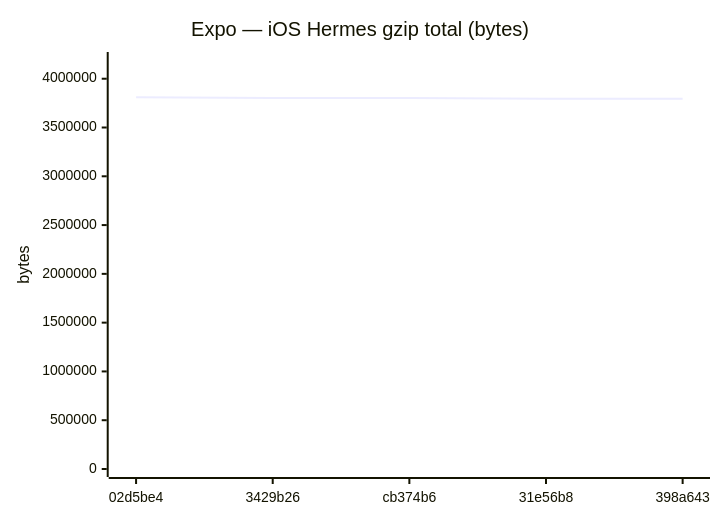
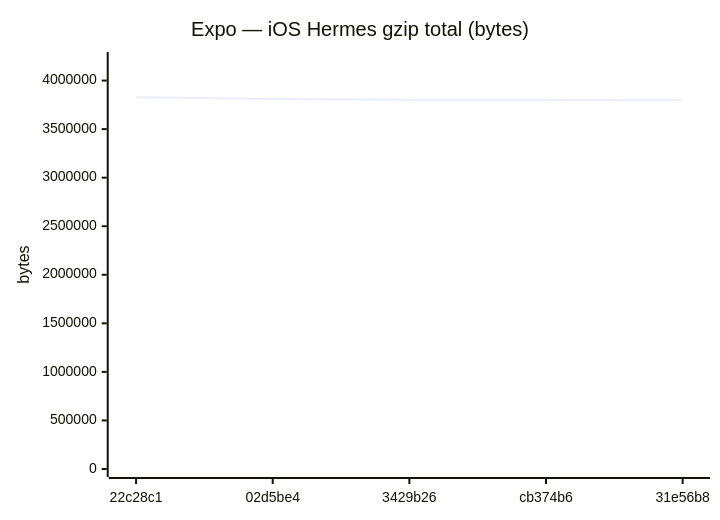
One commit to Metaheurist/Rianell changed diagram 12 of 18 in benchmarks/compare.md. Above: the diagram before and after it, drawn with Mermaid. The commit also changed other lines of this file and 11 other files, not shown here.

````diff
--- a/benchmarks/compare.md
+++ b/benchmarks/compare.md
@@ -179,7 +179,7 @@
 ```mermaid
 xychart-beta
     title "Expo — iOS Hermes gzip total (bytes)"
-    x-axis ["02d5be4", "3429b26", "cb374b6", "31e56b8", "398a643"]
-    y-axis "bytes" 0 --> 4191900
-    line [3810818, 3801309, 3801305, 3796002, 3796002]
+    x-axis ["22c28c1", "02d5be4", "3429b26", "cb374b6", "31e56b8"]
+    y-axis "bytes" 0 --> 4211700
+    line [3828818, 3810818, 3801309, 3801305, 3796002]
 ```
````
